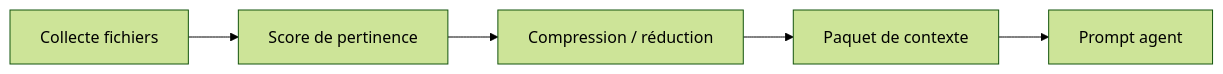
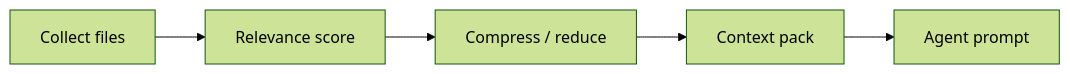
One commit to LaProgrammerie/asagiri changed the diagram in docs-site/content/docs/fr/cost-performance/context-optimization.mdx. Above: the diagram before and after it, drawn with Mermaid (forest theme). The commit also changed other lines of this file and 148 other files, not shown here.

````diff
--- a/docs-site/content/docs/fr/cost-performance/context-optimization.mdx
+++ b/docs-site/content/docs/fr/cost-performance/context-optimization.mdx
@@ -12,7 +12,7 @@
 ```mermaid
 flowchart LR
-  C[Collecte fichiers] --> R[Score de pertinence]
-  R --> X[Compression / réduction]
-  X --> P[Paquet de contexte]
-  P --> A[Prompt agent]
+  C[Collect files] --> R[Relevance score]
+  R --> X[Compress / reduce]
+  X --> P[Context pack]
+  P --> A[Agent prompt]
 ```
````
